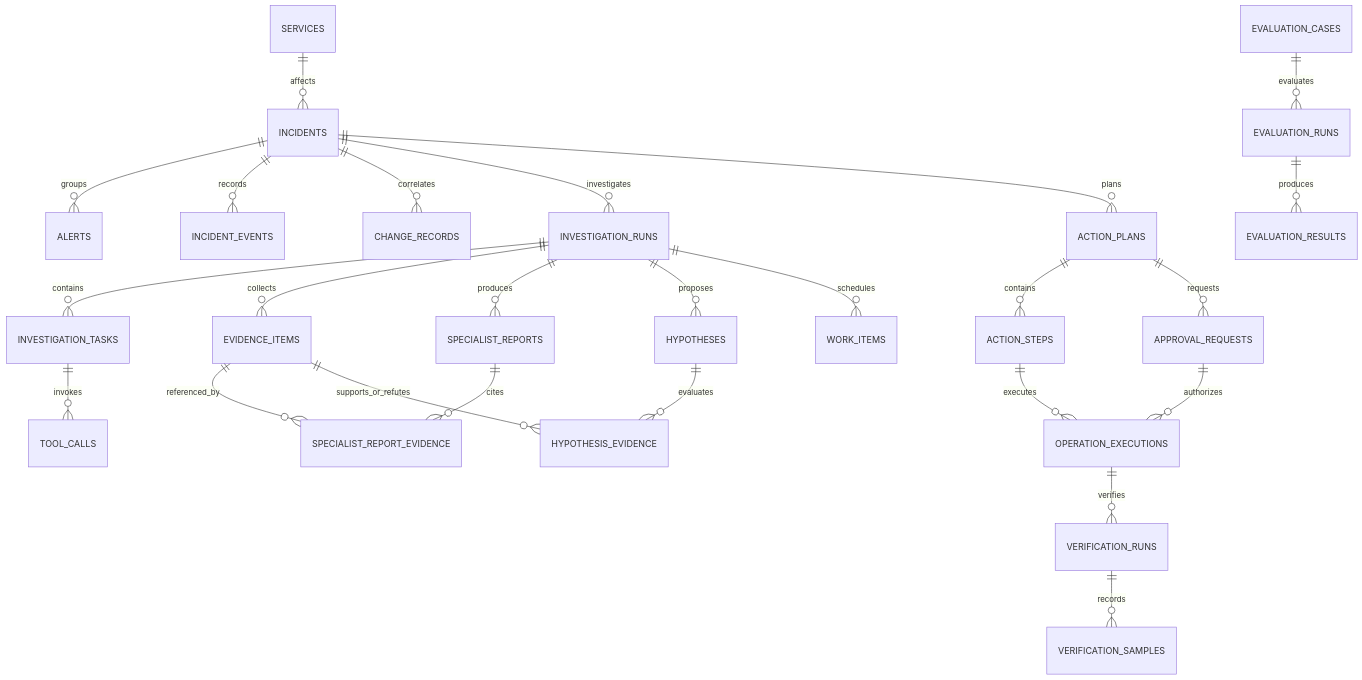
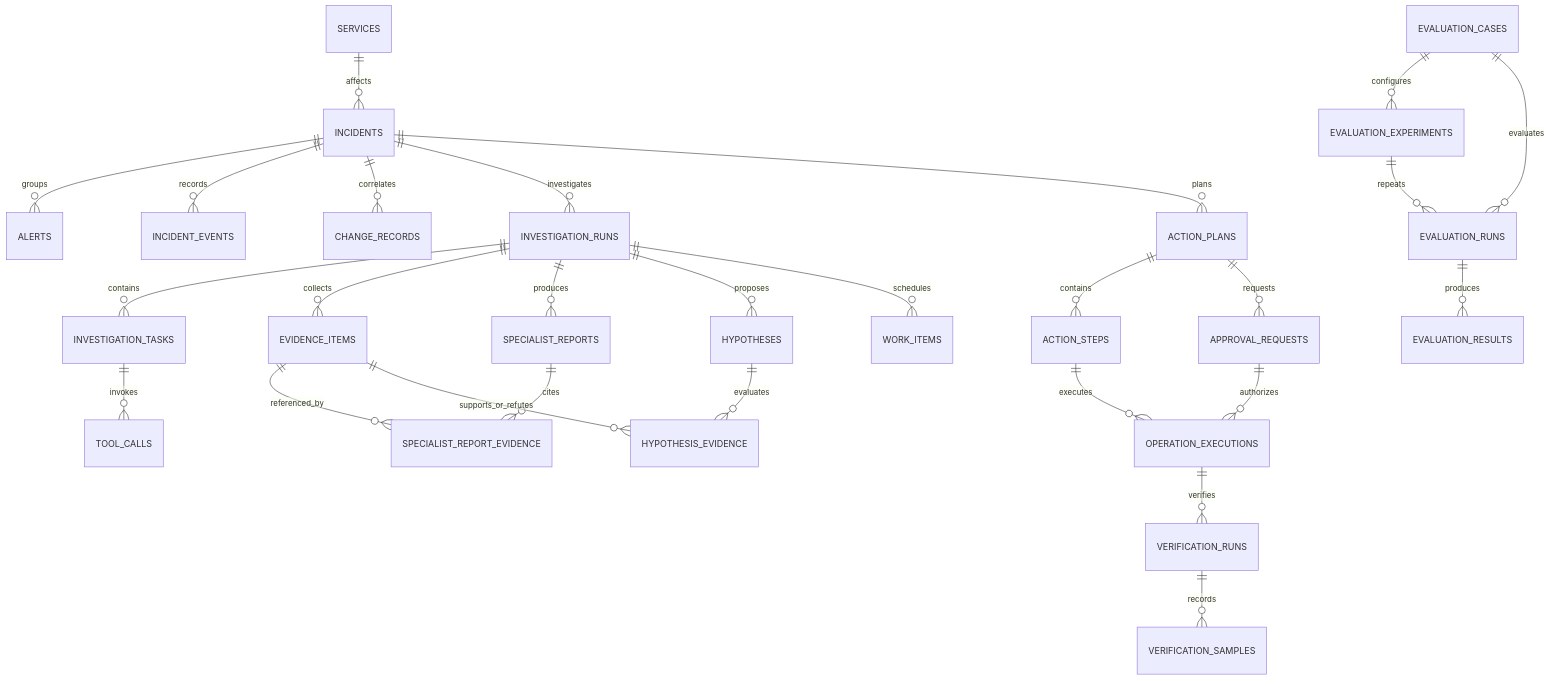
Before and after one commit to kill-t/ops-swarm: the first of 3 diagrams in docs/architecture/04-database-design.md, drawn with Mermaid. The commit also changed other lines of this file and 27 other files, not shown here.

````diff
--- a/docs/architecture/04-database-design.md
+++ b/docs/architecture/04-database-design.md
@@ -26,27 +26,29 @@
 ```mermaid
 erDiagram
     SERVICES ||--o{ INCIDENTS : affects
     INCIDENTS ||--o{ ALERTS : groups
     INCIDENTS ||--o{ INCIDENT_EVENTS : records
     INCIDENTS ||--o{ CHANGE_RECORDS : correlates
     INCIDENTS ||--o{ INVESTIGATION_RUNS : investigates
     INVESTIGATION_RUNS ||--o{ INVESTIGATION_TASKS : contains
     INVESTIGATION_TASKS ||--o{ TOOL_CALLS : invokes
     INVESTIGATION_RUNS ||--o{ EVIDENCE_ITEMS : collects
     INVESTIGATION_RUNS ||--o{ SPECIALIST_REPORTS : produces
     SPECIALIST_REPORTS ||--o{ SPECIALIST_REPORT_EVIDENCE : cites
     EVIDENCE_ITEMS ||--o{ SPECIALIST_REPORT_EVIDENCE : referenced_by
     INVESTIGATION_RUNS ||--o{ HYPOTHESES : proposes
     HYPOTHESES ||--o{ HYPOTHESIS_EVIDENCE : evaluates
     EVIDENCE_ITEMS ||--o{ HYPOTHESIS_EVIDENCE : supports_or_refutes
     INCIDENTS ||--o{ ACTION_PLANS : plans
     ACTION_PLANS ||--o{ ACTION_STEPS : contains
     ACTION_PLANS ||--o{ APPROVAL_REQUESTS : requests
     ACTION_STEPS ||--o{ OPERATION_EXECUTIONS : executes
     APPROVAL_REQUESTS ||--o{ OPERATION_EXECUTIONS : authorizes
     OPERATION_EXECUTIONS ||--o{ VERIFICATION_RUNS : verifies
     VERIFICATION_RUNS ||--o{ VERIFICATION_SAMPLES : records
     INVESTIGATION_RUNS ||--o{ WORK_ITEMS : schedules
+    EVALUATION_CASES ||--o{ EVALUATION_EXPERIMENTS : configures
+    EVALUATION_EXPERIMENTS ||--o{ EVALUATION_RUNS : repeats
     EVALUATION_CASES ||--o{ EVALUATION_RUNS : evaluates
     EVALUATION_RUNS ||--o{ EVALUATION_RESULTS : produces
 ```
````
